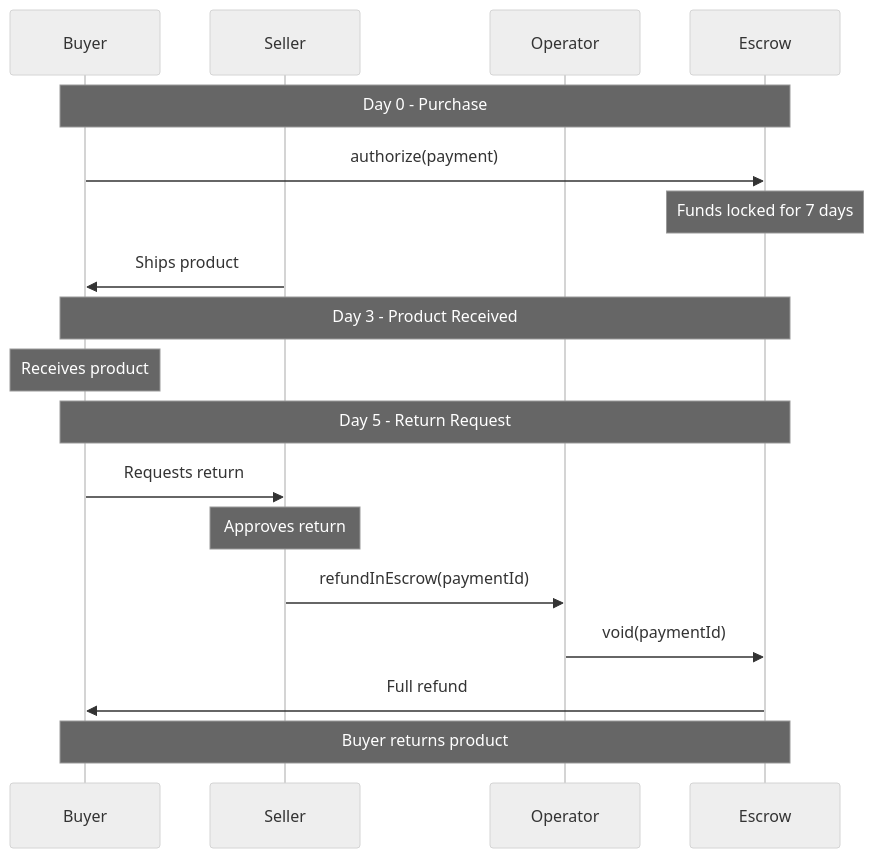
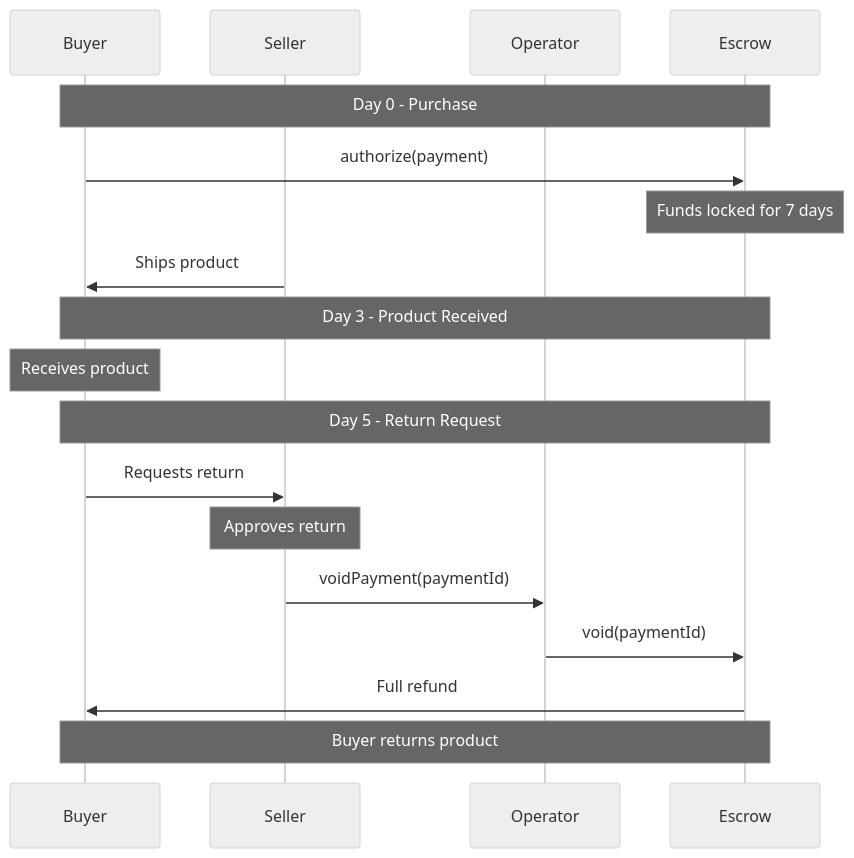
The fourth of 8 diagrams in contracts/examples.mdx (BackTrackCo/docs), drawn with Mermaid (neutral theme) before and after one commit. The commit also changed other lines of this file and 31 other files, not shown here.

````diff
--- a/contracts/examples.mdx
+++ b/contracts/examples.mdx
@@ -417,23 +417,23 @@
 ```mermaid
 sequenceDiagram
     participant Buyer
     participant Seller
     participant Operator
     participant Escrow
 
     Note over Buyer,Escrow: Day 0 - Purchase
     Buyer->>Escrow: authorize(payment)
     Note over Escrow: Funds locked for 7 days
     Seller->>Buyer: Ships product
 
     Note over Buyer,Escrow: Day 3 - Product Received
     Note over Buyer: Receives product
 
     Note over Buyer,Escrow: Day 5 - Return Request
     Buyer->>Seller: Requests return
     Note over Seller: Approves return
-    Seller->>Operator: refundInEscrow(paymentId)
+    Seller->>Operator: voidPayment(paymentId)
     Operator->>Escrow: void(paymentId)
     Escrow->>Buyer: Full refund
     Note over Buyer,Escrow: Buyer returns product
 ```
````
